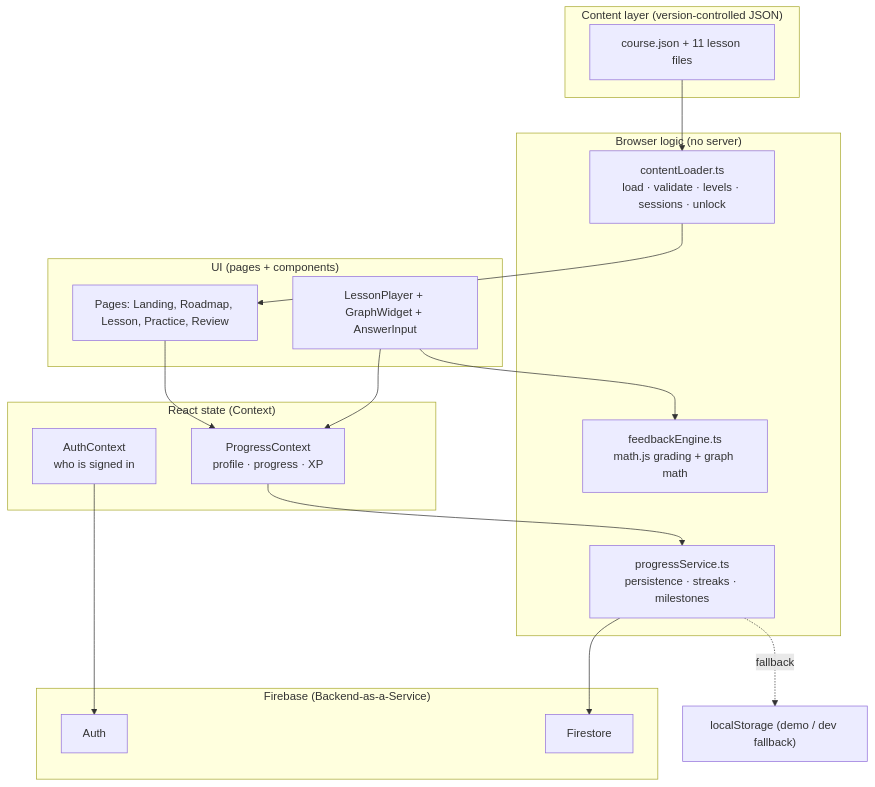
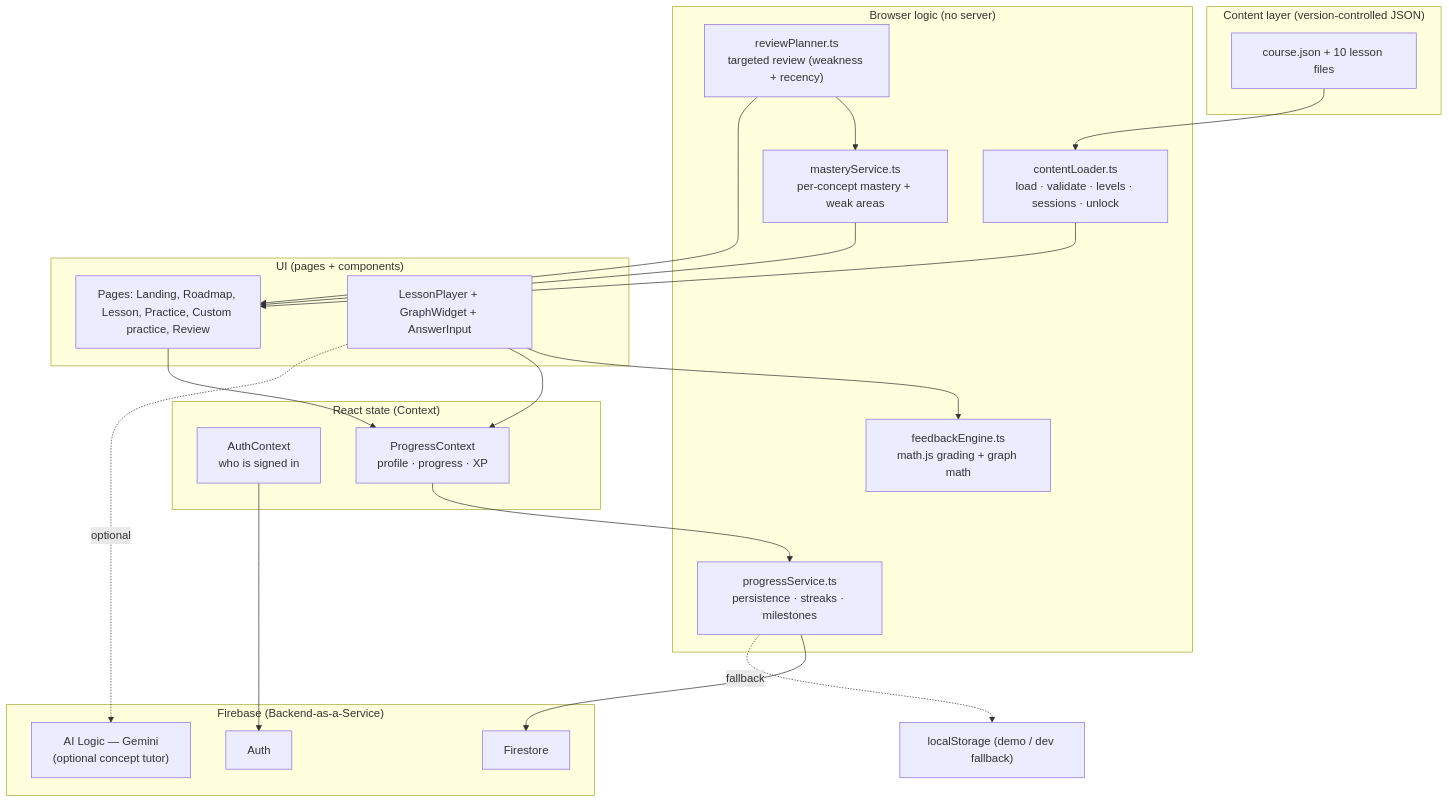
The first of 3 diagrams in OVERVIEW.md (GMatherne/Calculus-Lab), drawn with Mermaid before and after one commit. The commit also changed other lines of this file, not shown here.

Commit message:
docs(OVERVIEW): sync intro, capabilities, and architecture (AI tutor, targeted review, custom practice, 10 lessons, directory tree)

````diff
--- a/OVERVIEW.md
+++ b/OVERVIEW.md
@@ -165,32 +185,39 @@
 ```mermaid
 flowchart TD
     subgraph Content["Content layer (version-controlled JSON)"]
-        C1["course.json + 11 lesson files"]
+        C1["course.json + 10 lesson files"]
     end
     subgraph Logic["Browser logic (no server)"]
         L1["contentLoader.ts<br/>load · validate · levels · sessions · unlock"]
         L2["feedbackEngine.ts<br/>math.js grading + graph math"]
         L3["progressService.ts<br/>persistence · streaks · milestones"]
+        L4["masteryService.ts<br/>per-concept mastery + weak areas"]
+        L5["reviewPlanner.ts<br/>targeted review (weakness + recency)"]
     end
     subgraph State["React state (Context)"]
         S1["AuthContext<br/>who is signed in"]
         S2["ProgressContext<br/>profile · progress · XP"]
     end
     subgraph UI["UI (pages + components)"]
-        U1["Pages: Landing, Roadmap, Lesson, Practice, Review"]
+        U1["Pages: Landing, Roadmap, Lesson, Practice, Custom practice, Review"]
         U2["LessonPlayer + GraphWidget + AnswerInput"]
     end
     subgraph BaaS["Firebase (Backend-as-a-Service)"]
         F1["Auth"]
         F2["Firestore"]
+        F3["AI Logic — Gemini<br/>(optional concept tutor)"]
     end
 
     C1 --> L1 --> U1
     U2 --> L2
     S2 --> L3 --> F2
+    L5 --> L4
+    L4 --> U1
+    L5 --> U1
     S1 --> F1
     U1 --> S2
     U2 --> S2
+    U2 -. optional .-> F3
     S3["localStorage (demo / dev fallback)"]
     L3 -.fallback.-> S3
 ```
````
